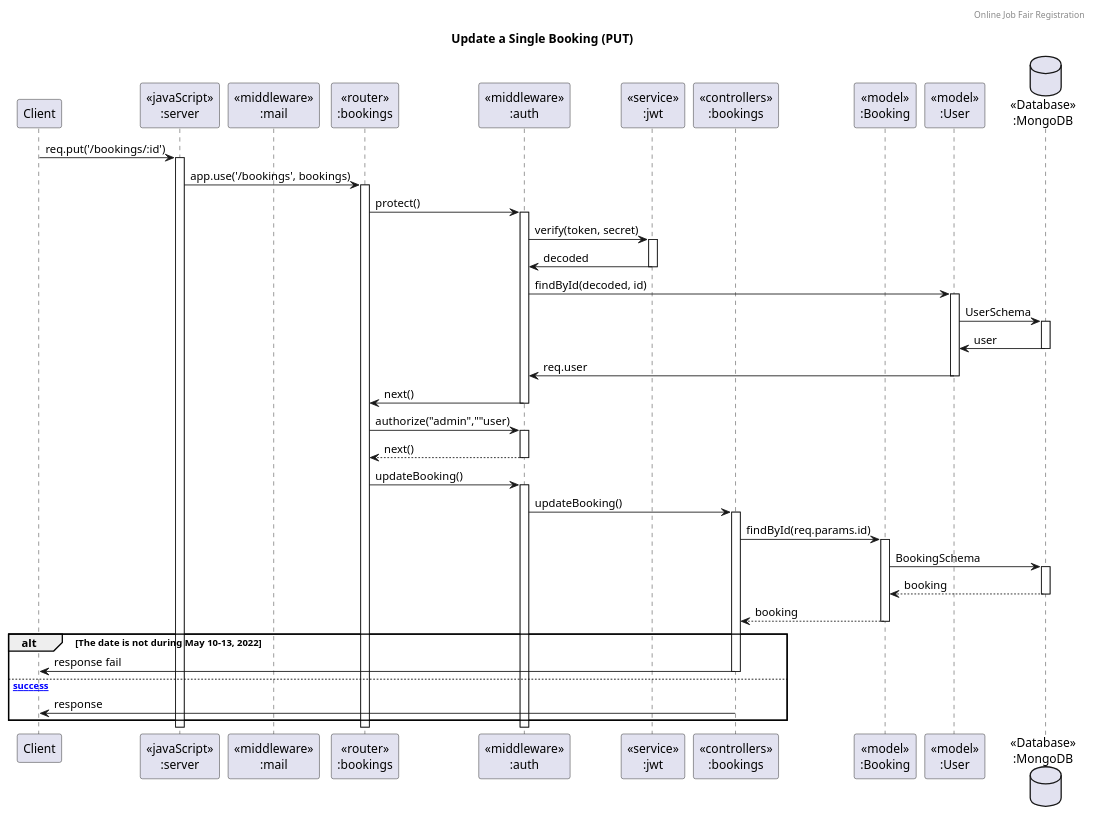
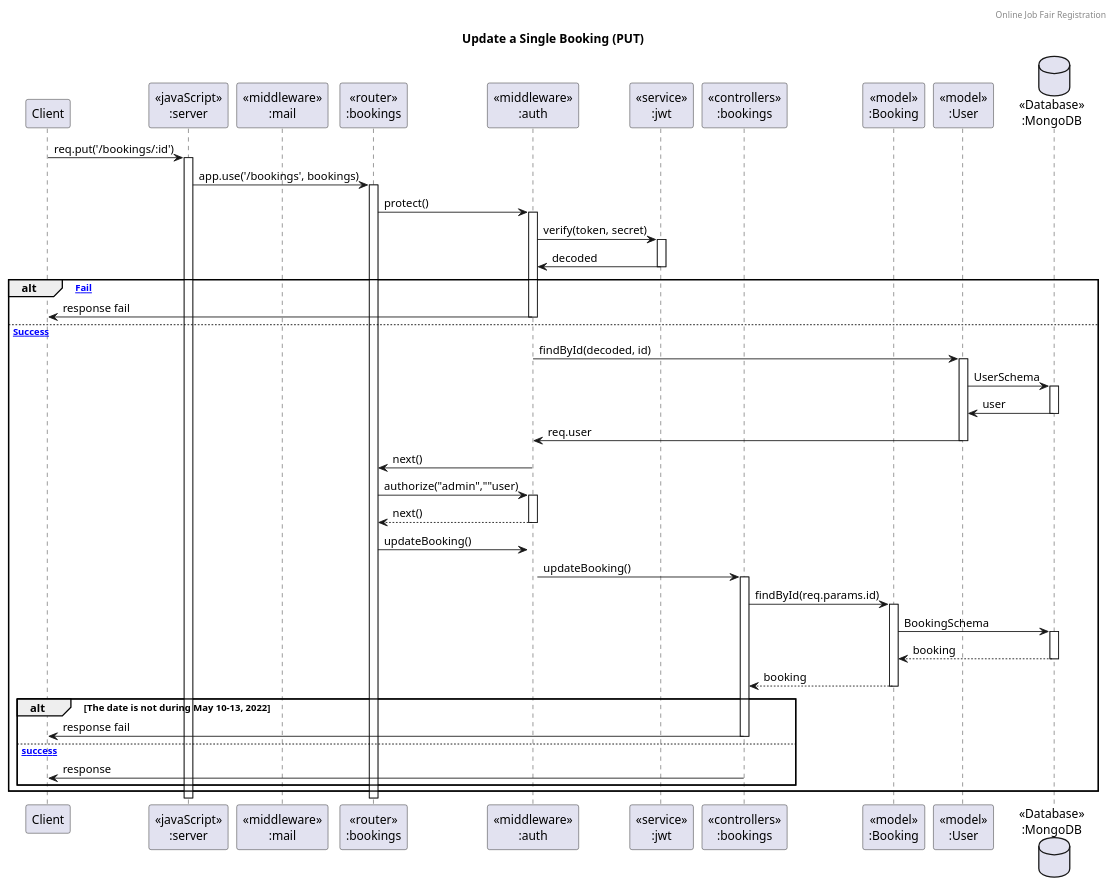
Before and after one commit to Bhuribhat/Online-Job-Fair-Registration: the diagram in assets/UML/SequenceDiagram/Booking/update.puml, drawn with PlantUML. The commit also changed 5 other files, not shown here.

Commit message:
update: POST, PUT, DELETE booking diagram

```diff
--- a/assets/UML/SequenceDiagram/Booking/update.puml
+++ b/assets/UML/SequenceDiagram/Booking/update.puml
@@ -1,44 +1,49 @@
 @startuml Manage Booking (PUT)
 
 header Online Job Fair Registration
 title "Update a Single Booking (PUT)"
 
 participant "Client" as client
 participant "<<javaScript>>\n:server" as server
 participant "<<middleware>>\n:mail" as mail
 participant "<<router>>\n:bookings" as routerBookings
 participant "<<middleware>>\n:auth" as auth
 participant "<<service>>\n:jwt" as jwt
 participant "<<controllers>>\n:bookings" as controllersBookings
 participant "<<model>>\n:Booking" as modelBooking
 participant "<<model>>\n:User" as modelUser
 database "<<Database>>\n:MongoDB" as DatabaseSchema
 
 client->server ++:req.put('/bookings/:id')
 server->routerBookings ++:app.use('/bookings', bookings)
 routerBookings -> auth ++:protect()
 auth -> jwt ++:verify(token, secret)
 auth <- jwt --:decoded
-auth -> modelUser ++:findById(decoded, id)
-modelUser -> DatabaseSchema ++:UserSchema
-modelUser <- DatabaseSchema --:user
-auth <- modelUser --:req.user
-routerBookings <- auth --:next()
 
-routerBookings -> auth ++:authorize("admin",""user)
-routerBookings <-- auth --:next()
+alt [Fail]
+    client <- auth --:response fail
+else [Success]
+    auth -> modelUser ++:findById(decoded, id)
+    modelUser -> DatabaseSchema ++:UserSchema
+    modelUser <- DatabaseSchema --:user
+    auth <- modelUser --:req.user
+    routerBookings <- auth --:next()
 
-routerBookings -> auth ++:updateBooking()
-auth -> controllersBookings ++:updateBooking()
-controllersBookings->modelBooking ++:findById(req.params.id)
-modelBooking ->DatabaseSchema ++: BookingSchema
-DatabaseSchema --> modelBooking --: booking
-controllersBookings <-- modelBooking --:booking
+    routerBookings -> auth ++:authorize("admin",""user)
+    routerBookings <-- auth --:next()
 
-alt The date is not during May 10-13, 2022
-    controllersBookings->client --:response fail
-else [success]
-    controllersBookings->client --:response
+    routerBookings -> auth ++:updateBooking()
+    auth -> controllersBookings ++:updateBooking()
+    controllersBookings->modelBooking ++:findById(req.params.id)
+    modelBooking ->DatabaseSchema ++: BookingSchema
+    DatabaseSchema --> modelBooking --: booking
+    controllersBookings <-- modelBooking --:booking
+
+    alt The date is not during May 10-13, 2022
+        controllersBookings->client --:response fail
+    else [success]
+        controllersBookings->client --:response
+    end
 end
 
 @enduml
```
